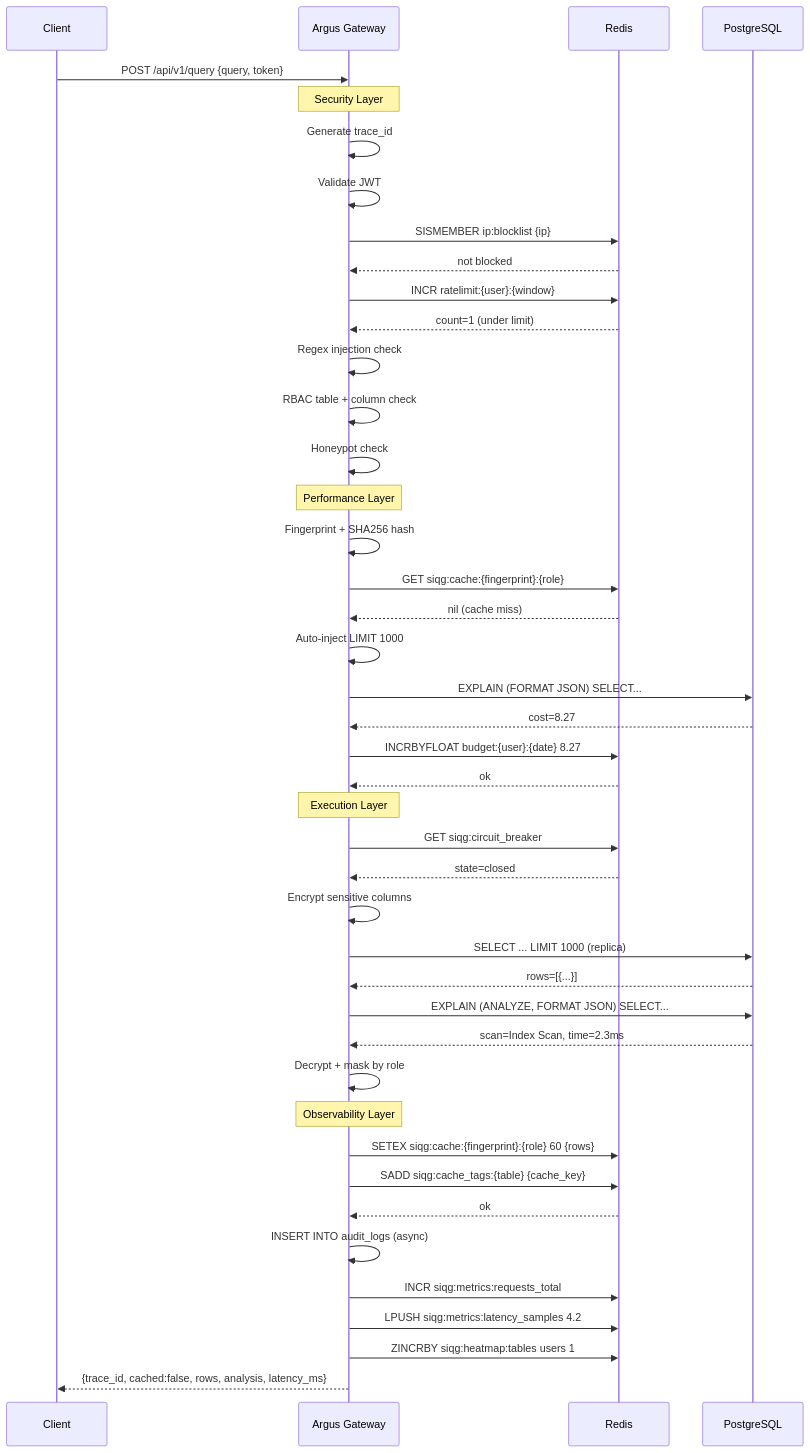
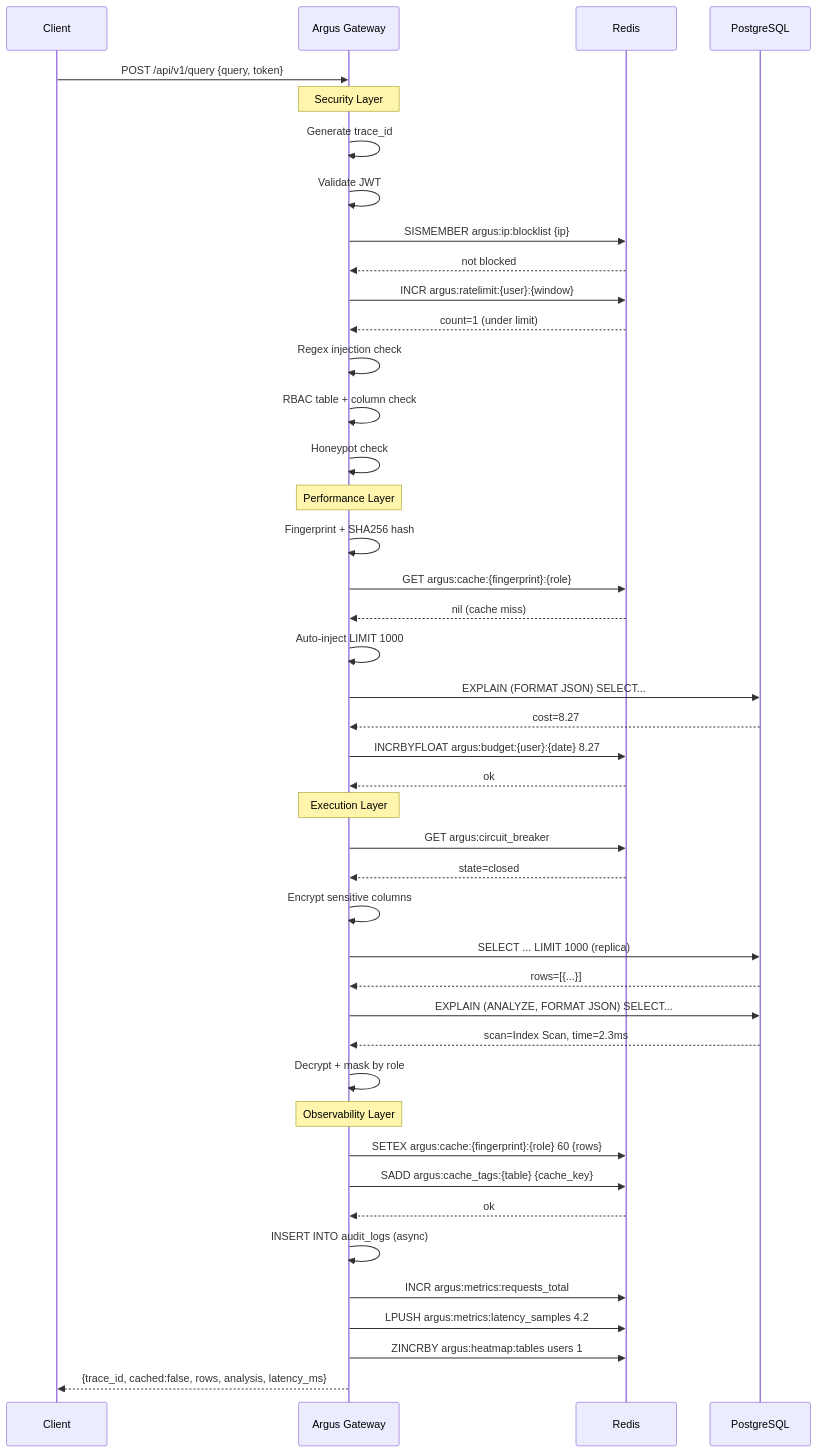
One commit to mmaroof487/SIQG changed the diagram in docs/diagram/querysequence.md. Above: the diagram before and after it, drawn with Mermaid. The commit also changed 33 other files, not shown here.

````diff
--- a/docs/diagram/querysequence.md
+++ b/docs/diagram/querysequence.md
@@ -1,51 +1,51 @@
 ```mermaid
 sequenceDiagram
     participant C as Client
     participant G as Argus Gateway
     participant R as Redis
     participant PG as PostgreSQL
 
     C->>G: POST /api/v1/query {query, token}
 
     Note over G: Security Layer
     G->>G: Generate trace_id
     G->>G: Validate JWT
-    G->>R: SISMEMBER ip:blocklist {ip}
+    G->>R: SISMEMBER argus:ip:blocklist {ip}
     R-->>G: not blocked
-    G->>R: INCR ratelimit:{user}:{window}
+    G->>R: INCR argus:ratelimit:{user}:{window}
     R-->>G: count=1 (under limit)
     G->>G: Regex injection check
     G->>G: RBAC table + column check
     G->>G: Honeypot check
 
     Note over G: Performance Layer
     G->>G: Fingerprint + SHA256 hash
-    G->>R: GET siqg:cache:{fingerprint}:{role}
+    G->>R: GET argus:cache:{fingerprint}:{role}
     R-->>G: nil (cache miss)
     G->>G: Auto-inject LIMIT 1000
     G->>PG: EXPLAIN (FORMAT JSON) SELECT...
     PG-->>G: cost=8.27
-    G->>R: INCRBYFLOAT budget:{user}:{date} 8.27
+    G->>R: INCRBYFLOAT argus:budget:{user}:{date} 8.27
     R-->>G: ok
 
     Note over G: Execution Layer
-    G->>R: GET siqg:circuit_breaker
+    G->>R: GET argus:circuit_breaker
     R-->>G: state=closed
     G->>G: Encrypt sensitive columns
     G->>PG: SELECT ... LIMIT 1000 (replica)
     PG-->>G: rows=[{...}]
     G->>PG: EXPLAIN (ANALYZE, FORMAT JSON) SELECT...
     PG-->>G: scan=Index Scan, time=2.3ms
     G->>G: Decrypt + mask by role
 
     Note over G: Observability Layer
-    G->>R: SETEX siqg:cache:{fingerprint}:{role} 60 {rows}
-    G->>R: SADD siqg:cache_tags:{table} {cache_key}
+    G->>R: SETEX argus:cache:{fingerprint}:{role} 60 {rows}
+    G->>R: SADD argus:cache_tags:{table} {cache_key}
     R-->>G: ok
     G->>G: INSERT INTO audit_logs (async)
-    G->>R: INCR siqg:metrics:requests_total
-    G->>R: LPUSH siqg:metrics:latency_samples 4.2
-    G->>R: ZINCRBY siqg:heatmap:tables users 1
+    G->>R: INCR argus:metrics:requests_total
+    G->>R: LPUSH argus:metrics:latency_samples 4.2
+    G->>R: ZINCRBY argus:heatmap:tables users 1
 
     G-->>C: {trace_id, cached:false, rows, analysis, latency_ms}
 ```
````
